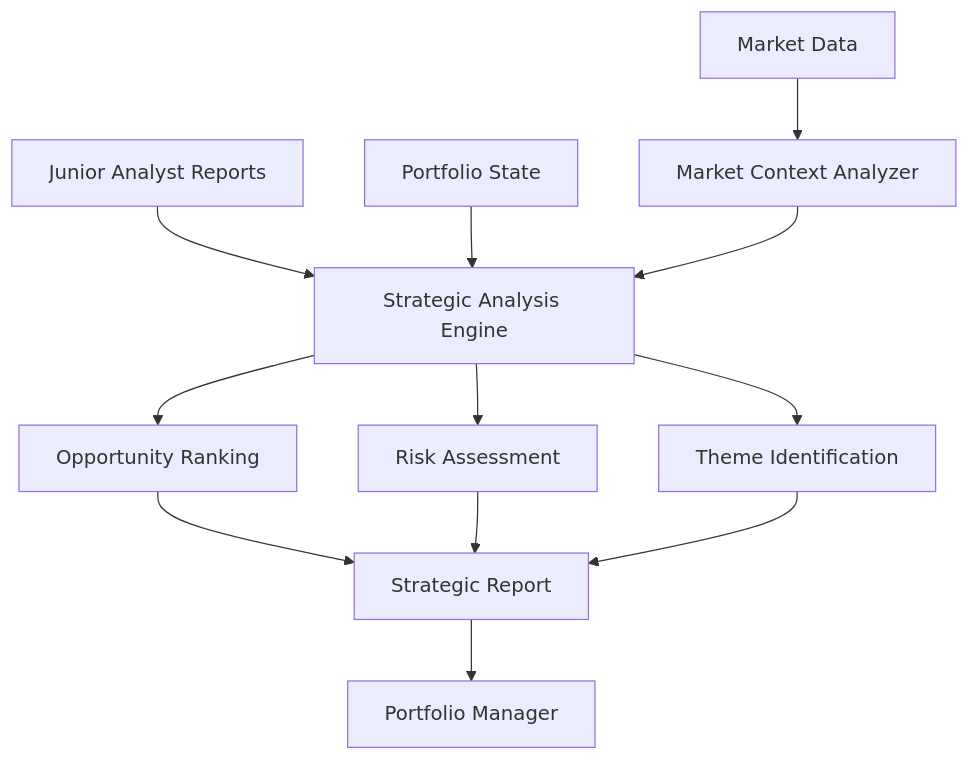
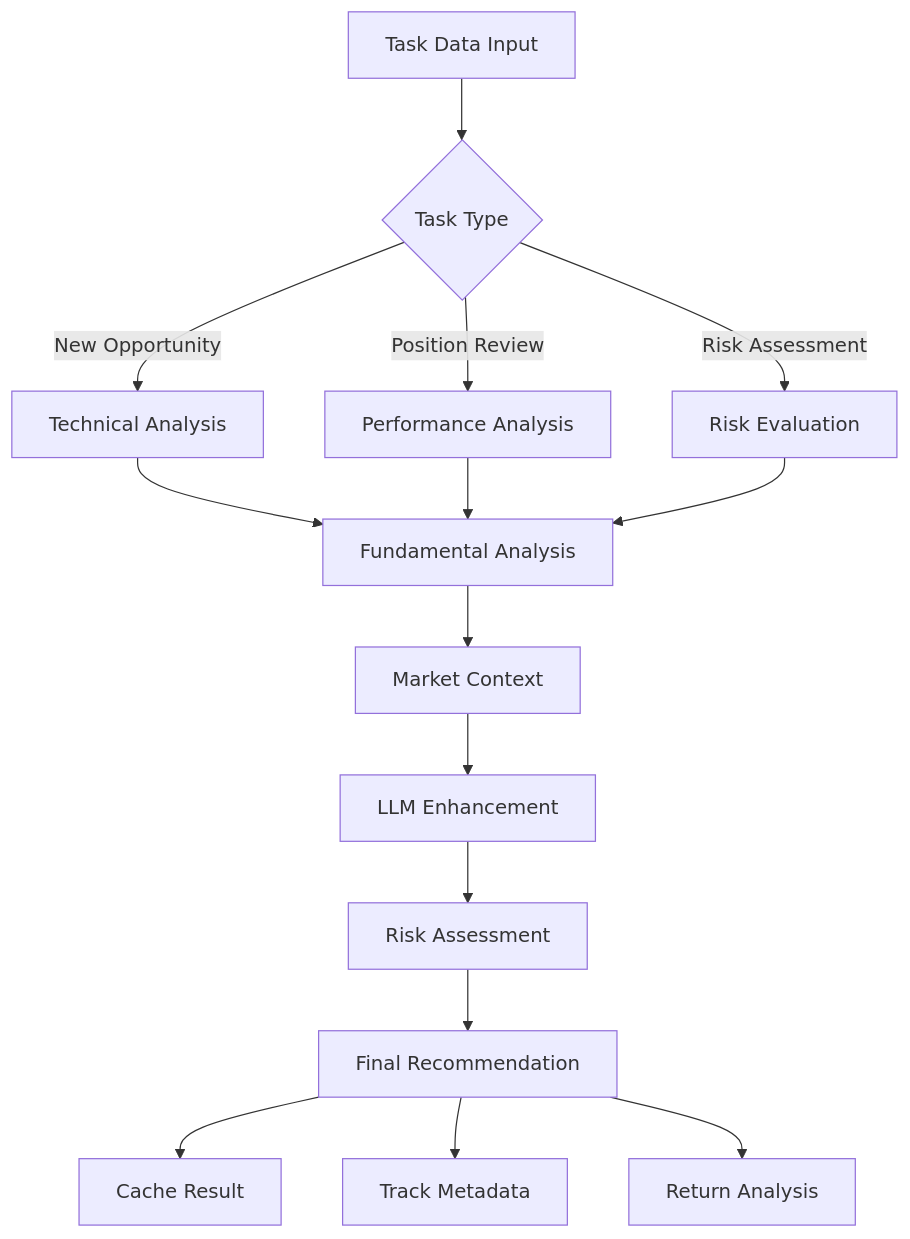
Before and after one commit to lunarnaut1414/ai_trading_system: the diagram in docs/agents/junior_analyst_design.md, drawn with Mermaid. The commit also changed other lines of this file and 7 other files, not shown here.

````diff
--- a/docs/agents/junior_analyst_design.md
+++ b/docs/agents/junior_analyst_design.md
@@ -97,14 +257,20 @@
 ```mermaid
 graph TD
-    A[Junior Analyst Reports] --> B[Strategic Analysis Engine]
-    C[Market Data] --> D[Market Context Analyzer]
-    E[Portfolio State] --> B
-    D --> B
-    B --> F[Opportunity Ranking]
-    B --> G[Risk Assessment]
-    B --> H[Theme Identification]
-    F --> I[Strategic Report]
-    G --> I
-    H --> I
-    I --> J[Portfolio Manager]
+    A[Task Data Input] --> B{Task Type}
+    B -->|New Opportunity| C[Technical Analysis]
+    B -->|Position Review| D[Performance Analysis]
+    B -->|Risk Assessment| E[Risk Evaluation]
+    
+    C --> F[Fundamental Analysis]
+    D --> F
+    E --> F
+    
+    F --> G[Market Context]
+    G --> H[LLM Enhancement]
+    H --> I[Risk Assessment]
+    I --> J[Final Recommendation]
+    
+    J --> K[Cache Result]
+    J --> L[Track Metadata]
+    J --> M[Return Analysis]
 ```
````
